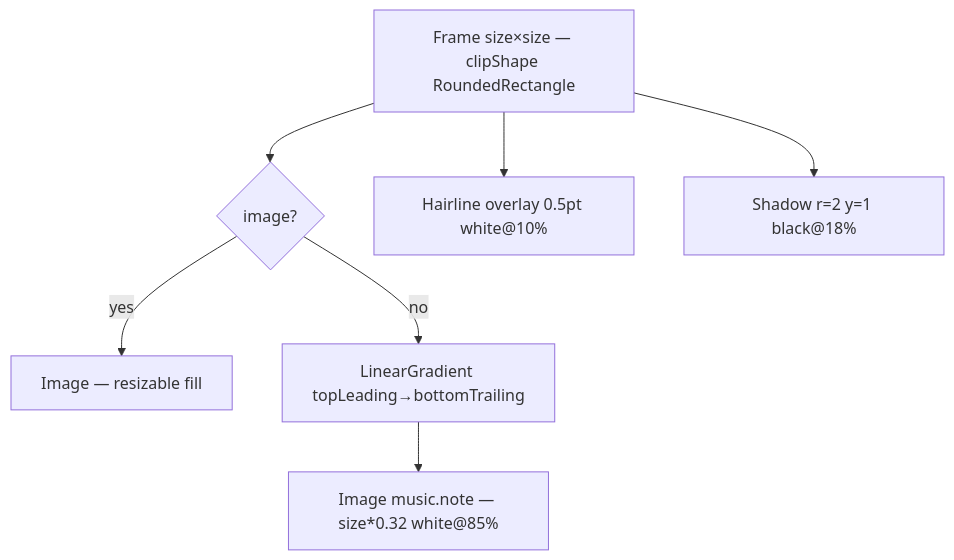
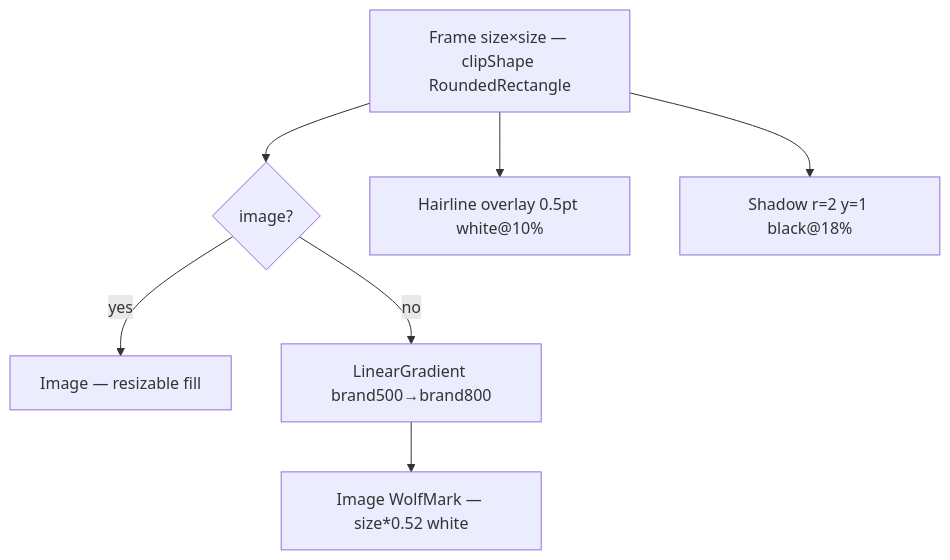
Before and after one commit to MrDemonWolf/WolfWave: the diagram in design-system/components/album-art-view.md, drawn with Mermaid. The commit also changed other lines of this file and 13 other files, not shown here.

First line of the commit message:
feat(branding): WolfMark album-art placeholder, download page, repo docs

````diff
--- a/design-system/components/album-art-view.md
+++ b/design-system/components/album-art-view.md
@@ -27,9 +27,9 @@
 ```mermaid
 graph TB
   Tile[Frame size×size — clipShape RoundedRectangle] --> Either{image?}
   Either -->|yes| Img[Image — resizable fill]
-  Either -->|no| Grad[LinearGradient topLeading→bottomTrailing]
-  Grad --> Note[Image music.note — size*0.32 white@85%]
+  Either -->|no| Grad[LinearGradient brand500→brand800]
+  Grad --> Mark[Image WolfMark — size*0.52 white]
   Tile --> Stroke[Hairline overlay 0.5pt white@10%]
   Tile --> Shadow[Shadow r=2 y=1 black@18%]
 ```
````
